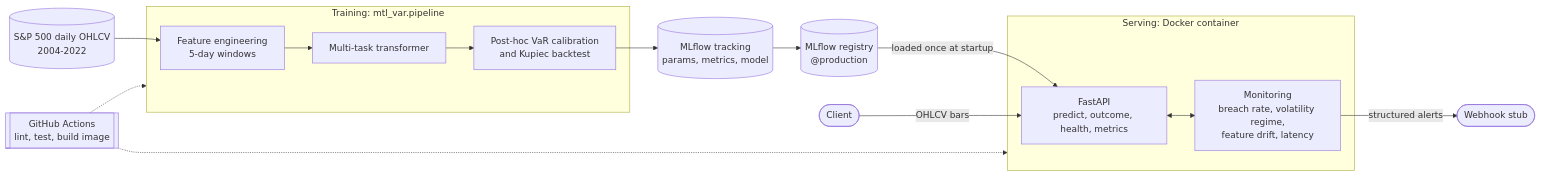
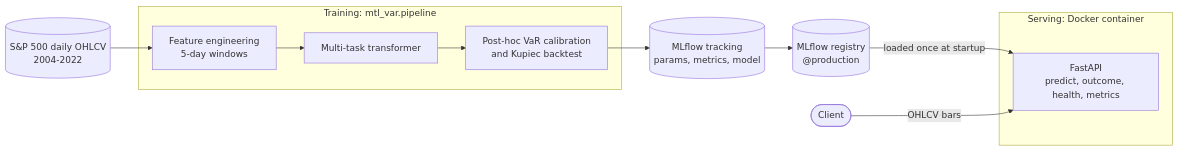
The diagram in README.md (ManasviMenon/Multi-Task-Model-with-Transformers), drawn with Mermaid before and after one commit. The commit also changed other lines of this file, not shown here.

````diff
--- a/README.md
+++ b/README.md
@@ -30,24 +29,19 @@
 ```mermaid
 flowchart LR
     data[("S&P 500 daily OHLCV<br/>2004-2022")] --> features
 
     subgraph training ["Training: mtl_var.pipeline"]
         features["Feature engineering<br/>5-day windows"] --> model["Multi-task transformer"]
         model --> calibration["Post-hoc VaR calibration<br/>and Kupiec backtest"]
     end
 
     calibration --> tracking[("MLflow tracking<br/>params, metrics, model")]
     tracking --> registry[("MLflow registry<br/>@production")]
 
     subgraph serving ["Serving: Docker container"]
         api["FastAPI<br/>predict, outcome, health, metrics"]
-        monitor["Monitoring<br/>breach rate, volatility regime,<br/>feature drift, latency"]
-        api <--> monitor
     end
 
     registry -->|"loaded once at startup"| api
     client(["Client"]) -->|"OHLCV bars"| api
-    monitor -->|"structured alerts"| webhook(["Webhook stub"])
-    ci[["GitHub Actions<br/>lint, test, build image"]] -.-> training
-    ci -.-> serving
 ```
````
